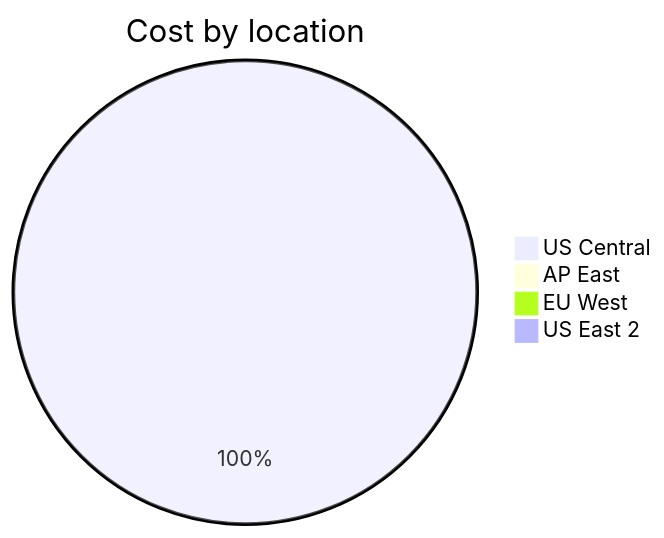
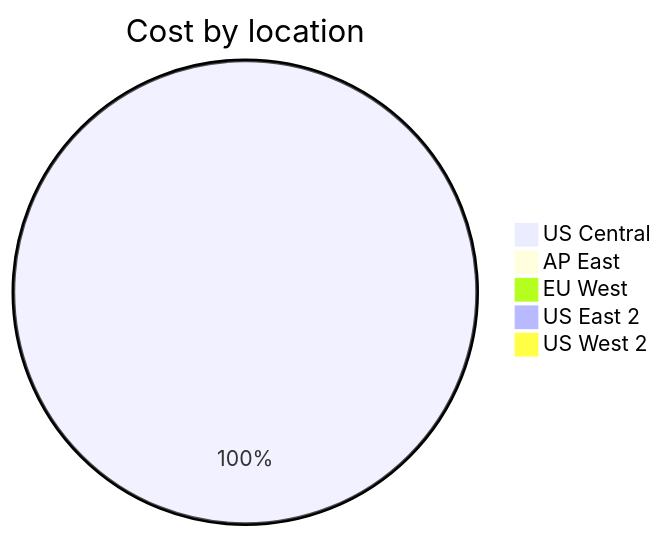
The third of 4 diagrams in cost-reports/personal-site/README.md (jpfulton/azure-personal-reports), drawn with Mermaid before and after one commit. The commit also changed other lines of this file and 6 other files, not shown here.

````diff
--- a/cost-reports/personal-site/README.md
+++ b/cost-reports/personal-site/README.md
@@ -114,8 +115,9 @@
 ```mermaid
 pie
    title Cost by location
-   "US Central" : 1.68
+   "US Central" : 2.28
    "AP East" : 0.00
    "EU West" : 0.00
    "US East 2" : 0.00
+   "US West 2" : 0.00
 ```
````
